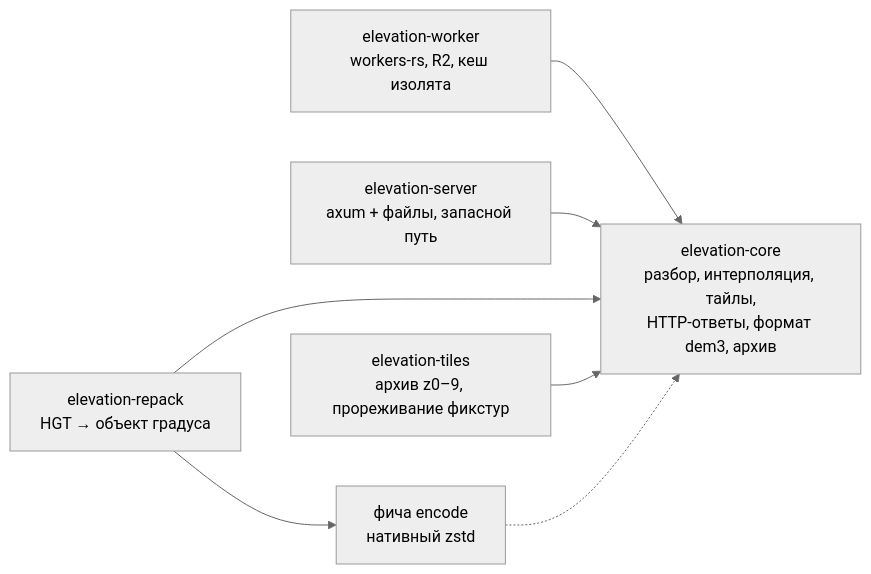
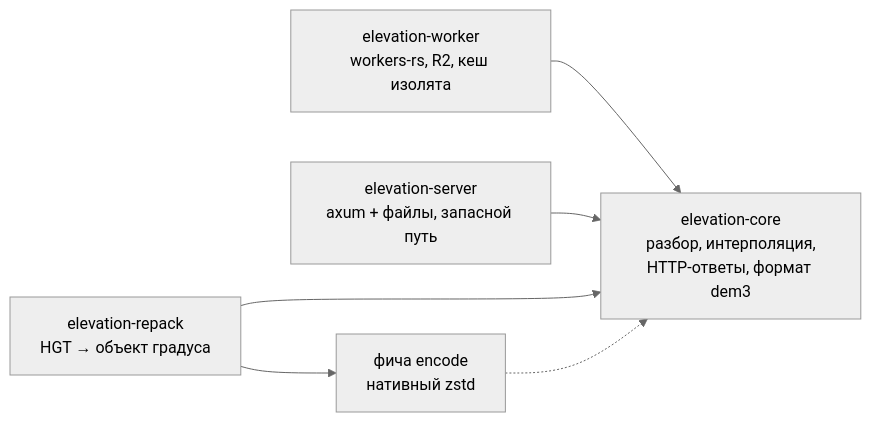
One commit to sergeycw/nakarte changed the first of 3 diagrams in docs/architecture/elevation.md. Above: the diagram before and after it, drawn with Mermaid (neutral theme). The commit also changed other lines of this file and 10 other files, not shown here.

First line of the commit message:
describe workers without elevation tiles and old origins

````diff
--- a/docs/architecture/elevation.md
+++ b/docs/architecture/elevation.md
@@ -9,16 +9,14 @@
 ```mermaid
 flowchart LR
-    core["elevation-core<br/>разбор, интерполяция, тайлы,<br/>HTTP-ответы, формат dem3, архив"]
+    core["elevation-core<br/>разбор, интерполяция,<br/>HTTP-ответы, формат dem3"]
     worker["elevation-worker<br/>workers-rs, R2, кеш изолята"]
     server["elevation-server<br/>axum + файлы, запасной путь"]
     repack["elevation-repack<br/>HGT → объект градуса"]
-    tiles["elevation-tiles<br/>архив z0–9, прореживание фикстур"]
     zstd["фича encode<br/>нативный zstd"]
 
     worker --> core
     server --> core
     repack --> core
-    tiles --> core
     repack --> zstd
     zstd -.-> core
 ```
````
